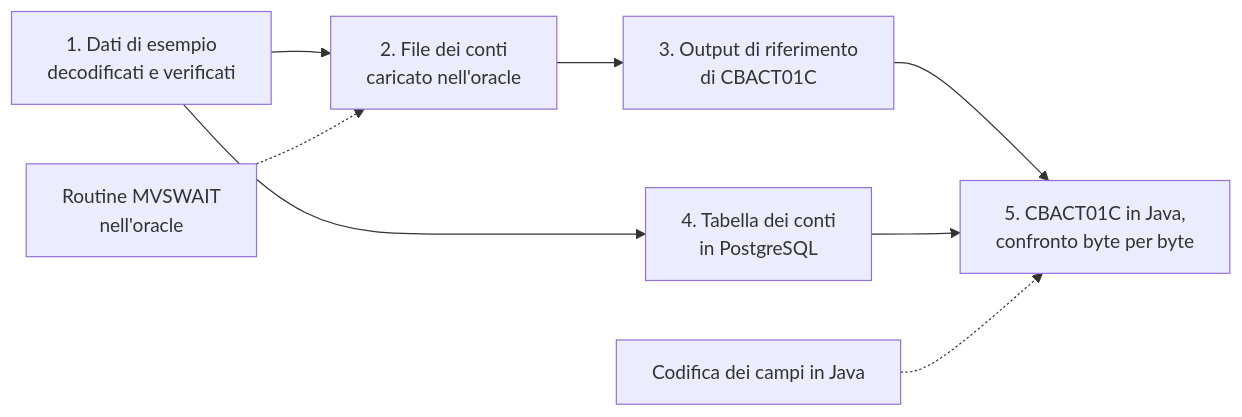
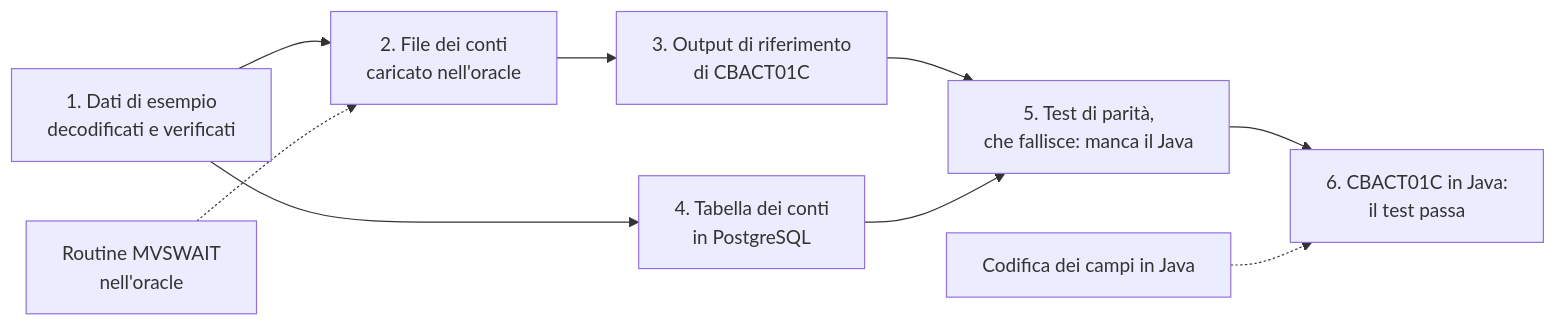
The third of 3 diagrams in paper/mec-b-paper.md (ltoscano/men-b-carddemo-java), drawn with Mermaid before and after one commit. The commit also changed other lines of this file and 4 other files, not shown here.

Commit message:
Metodo: catena specifica-test-issue-implementazione resa esplicita; test di parità prima della traduzione

````diff
--- a/paper/mec-b-paper.md
+++ b/paper/mec-b-paper.md
@@ -149,10 +158,11 @@
 ```mermaid
 flowchart LR
     A[1. Dati di esempio<br/>decodificati e verificati] --> B[2. File dei conti<br/>caricato nell'oracle]
     B --> C[3. Output di riferimento<br/>di CBACT01C]
-    C --> E[5. CBACT01C in Java,<br/>confronto byte per byte]
-    D[4. Tabella dei conti<br/>in PostgreSQL] --> E
+    C --> T[5. Test di parità,<br/>che fallisce: manca il Java]
+    D[4. Tabella dei conti<br/>in PostgreSQL] --> T
     A --> D
+    T --> E[6. CBACT01C in Java:<br/>il test passa]
     P1[Codifica dei campi in Java] -.-> E
     P2[Routine MVSWAIT<br/>nell'oracle] -.-> B
 ```
````
